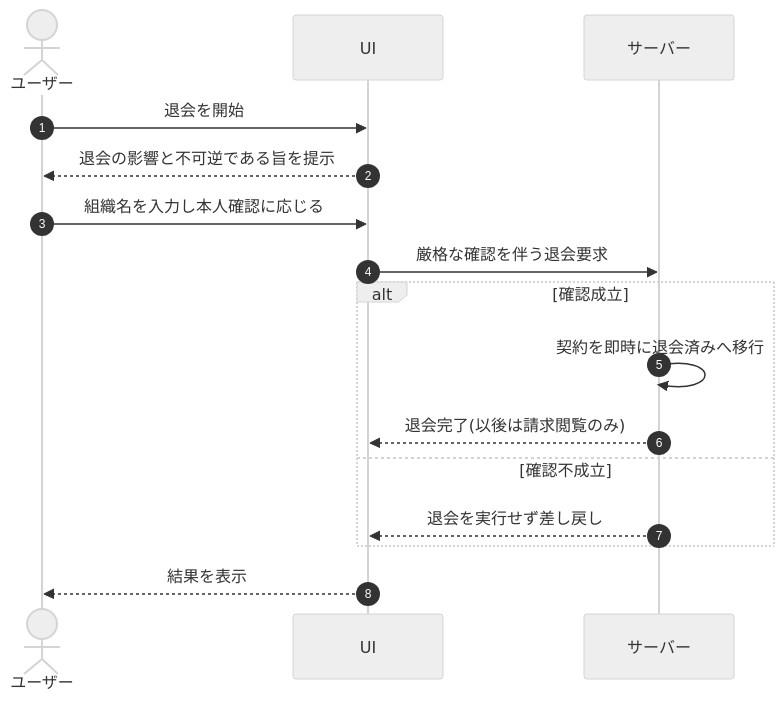
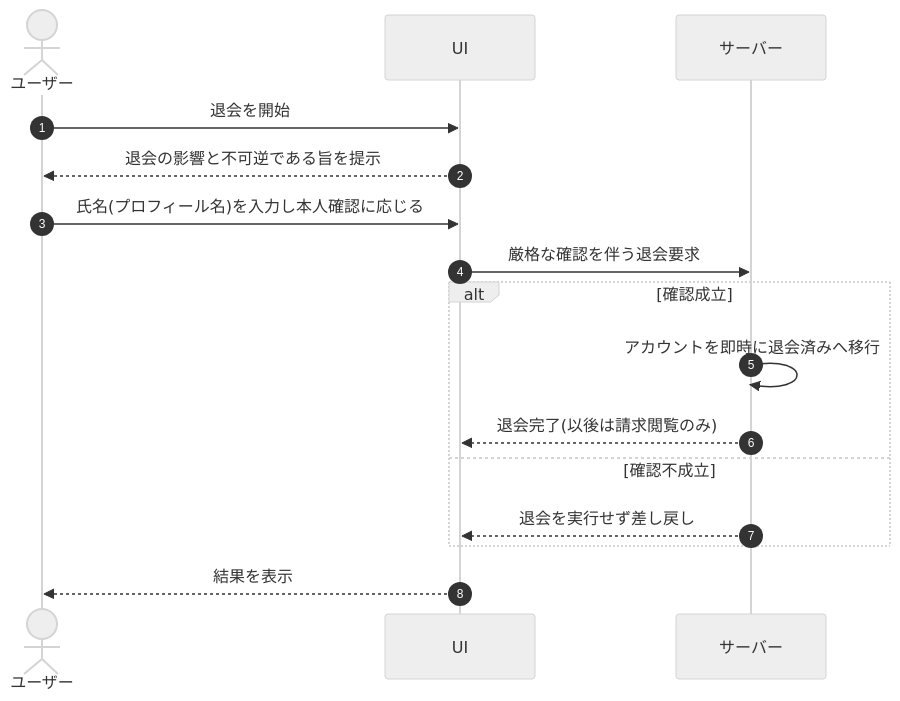
The first of 16 diagrams in 01_requirements/02_functional_requirement/06_security-fr.md (sikakou54/open-faq), drawn with Mermaid (neutral theme) before and after one commit. The commit also changed other lines of this file and 294 other files, not shown here.

````diff
--- a/01_requirements/02_functional_requirement/06_security-fr.md
+++ b/01_requirements/02_functional_requirement/06_security-fr.md
@@ -22,18 +22,18 @@
 ```mermaid
 sequenceDiagram
   autonumber
   actor U as ユーザー
   participant UI as UI
   participant S as サーバー
   U->>UI: 退会を開始
   UI-->>U: 退会の影響と不可逆である旨を提示
-  U->>UI: 組織名を入力し本人確認に応じる
+  U->>UI: 氏名(プロフィール名)を入力し本人確認に応じる
   UI->>S: 厳格な確認を伴う退会要求
   alt 確認成立
-    S->>S: 契約を即時に退会済みへ移行
+    S->>S: アカウントを即時に退会済みへ移行
     S-->>UI: 退会完了(以後は請求閲覧のみ)
   else 確認不成立
     S-->>UI: 退会を実行せず差し戻し
   end
   UI-->>U: 結果を表示
 ```
````
